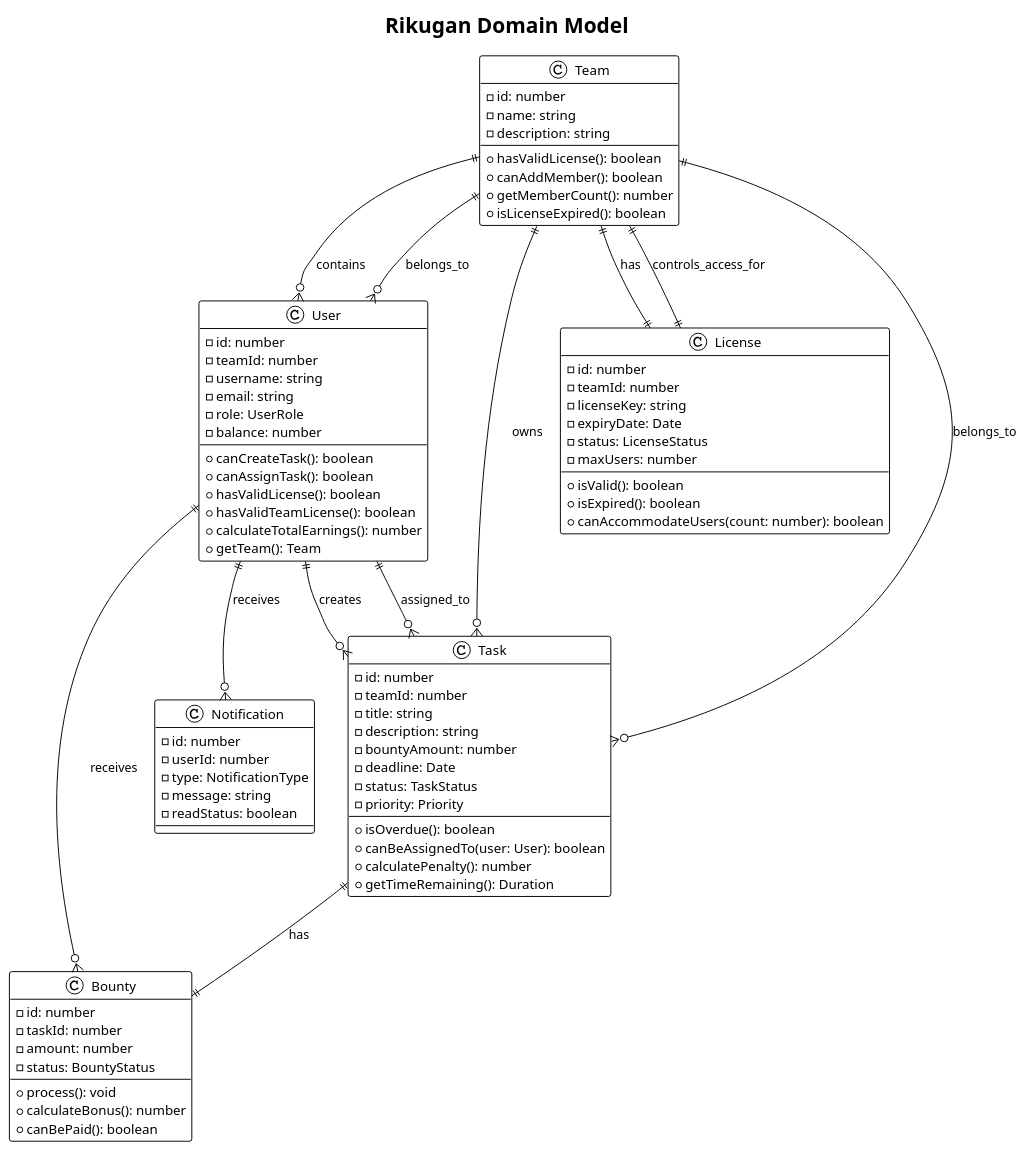
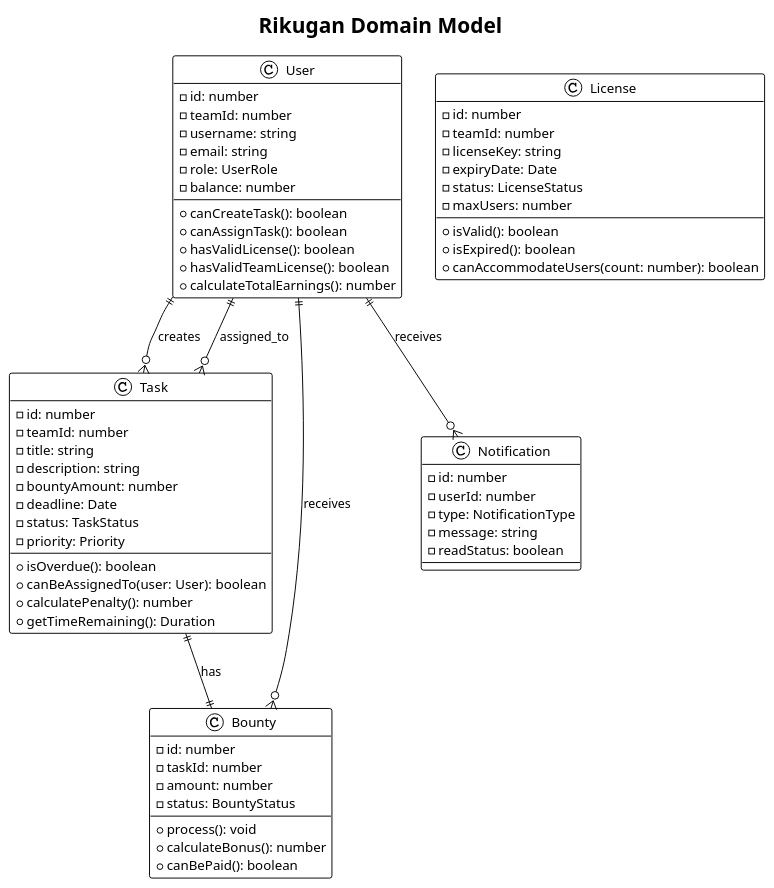
One commit to AvalonRuFae/3100 changed diagram 13 of 14 in design_docs/uml-diagrams.wsd. Above: the diagram before and after it, drawn with PlantUML. The commit also changed other lines of this file and 5 other files, not shown here.

```diff
--- a/design_docs/uml-diagrams.wsd
+++ b/design_docs/uml-diagrams.wsd
@@ -921,92 +900,76 @@
 @startuml Rikugan_Domain_Model
 !theme plain
 title Rikugan Domain Model
-
-class Team {
-  -id: number
-  -name: string
-  -description: string
-  +hasValidLicense(): boolean
-  +canAddMember(): boolean
-  +getMemberCount(): number
-  +isLicenseExpired(): boolean
-}
 
 class User {
   -id: number
   -teamId: number
   -username: string
   -email: string
   -role: UserRole
   -balance: number
   +canCreateTask(): boolean
   +canAssignTask(): boolean
   +hasValidLicense(): boolean
   +hasValidTeamLicense(): boolean
   +calculateTotalEarnings(): number
-  +getTeam(): Team
 }
 
 class Task {
   -id: number
   -teamId: number
   -title: string
   -description: string
   -bountyAmount: number
   -deadline: Date
   -status: TaskStatus
   -priority: Priority
   +isOverdue(): boolean
   +canBeAssignedTo(user: User): boolean
   +calculatePenalty(): number
   +getTimeRemaining(): Duration
 }
 
 class Bounty {
   -id: number
   -taskId: number
   -amount: number
   -status: BountyStatus
   +process(): void
   +calculateBonus(): number
   +canBePaid(): boolean
 }
 
 class License {
   -id: number
   -teamId: number
   -licenseKey: string
   -expiryDate: Date
   -status: LicenseStatus
   -maxUsers: number
   +isValid(): boolean
   +isExpired(): boolean
   +canAccommodateUsers(count: number): boolean
 }
 
 class Notification {
   -id: number
   -userId: number
   -type: NotificationType
   -message: string
   -readStatus: boolean
 }
 
-' Team relationships
-Team ||--|| License : has
-Team ||--o{ User : contains
-Team ||--o{ Task : owns
-
 ' User relationships
 User ||--o{ Task : creates
 User ||--o{ Task : assigned_to
 User ||--o{ Bounty : receives
 User ||--o{ Notification : receives
-User }o--|| Team : belongs_to
 
 ' Task and other relationships
 Task ||--|| Bounty : has
-Task }o--|| Team : belongs_to
-License ||--|| Team : controls_access_for
+
+' Note: Teams are represented via teamId fields in User, Task, and License models
+' No separate Team entity is needed in the implementation
 
 @enduml
```
